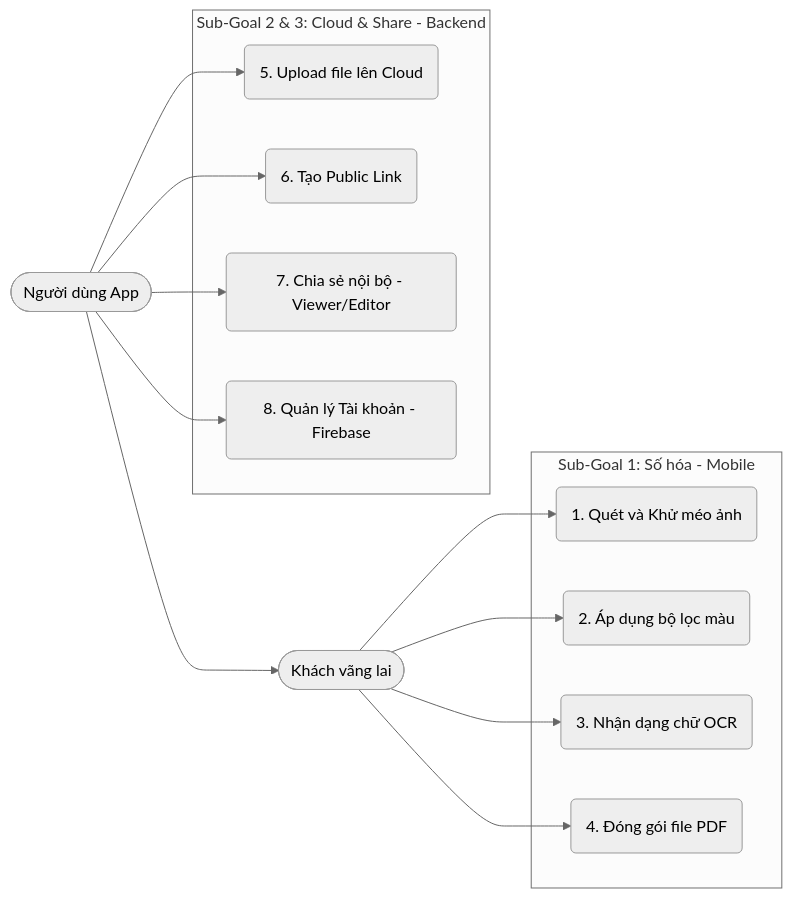
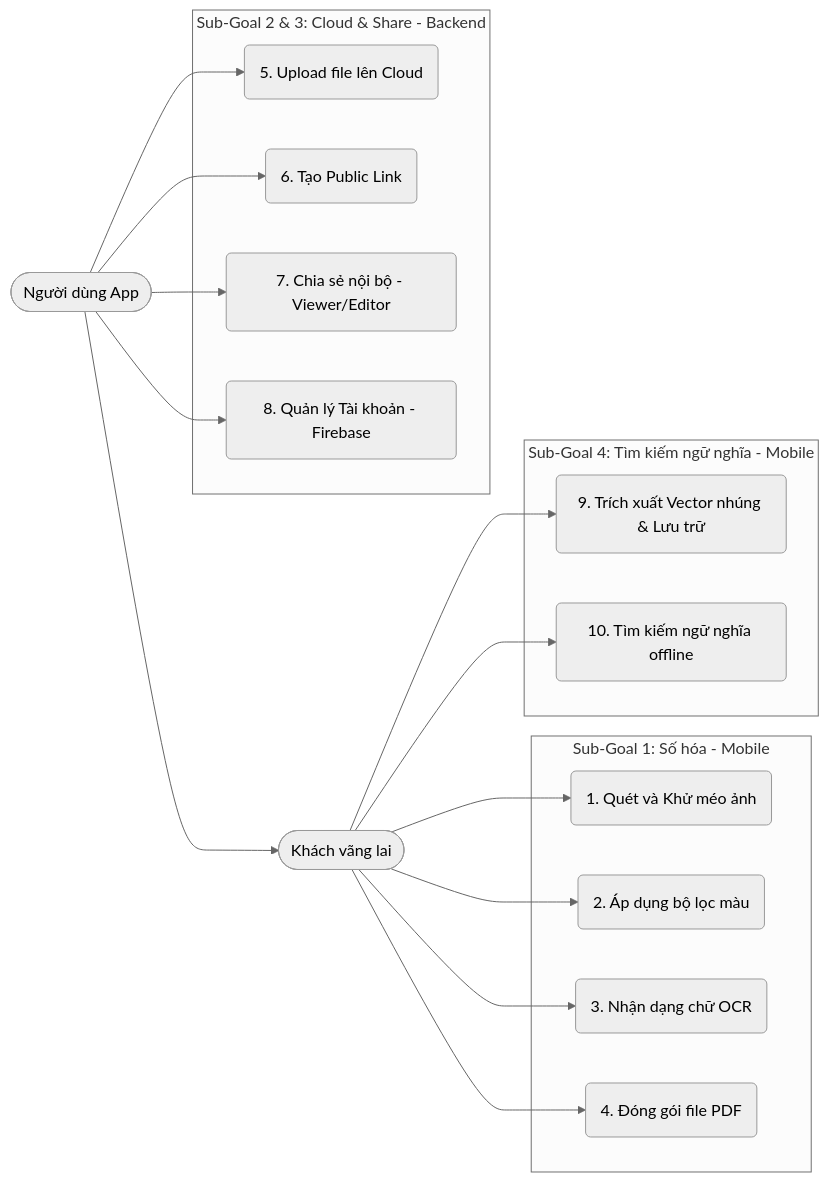
The third of 3 diagrams in docs/Software_Requirments_Spectification.md (vthiet/ScanLink), drawn with Mermaid (neutral theme) before and after one commit. The commit also changed other lines of this file and 22 other files, not shown here.

````diff
--- a/docs/Software_Requirments_Spectification.md
+++ b/docs/Software_Requirments_Spectification.md
@@ -162,23 +167,29 @@
 ``` mermaid
 flowchart LR
     User([Người dùng App])
     Guest([Khách vãng lai])
       
     subgraph Sub-Goal 1: Số hóa - Mobile
         UC1(1. Quét và Khử méo ảnh)
         UC2(2. Áp dụng bộ lọc màu)
         UC3(3. Nhận dạng chữ OCR)
         UC4(4. Đóng gói file PDF)
     end
       
     subgraph Sub-Goal 2 & 3: Cloud & Share - Backend
         UC5(5. Upload file lên Cloud)
         UC6(6. Tạo Public Link)
         UC7(7. Chia sẻ nội bộ - Viewer/Editor)
         UC8(8. Quản lý Tài khoản - Firebase)
     end
+
+    subgraph Sub-Goal 4: Tìm kiếm ngữ nghĩa - Mobile
+        UC9(9. Trích xuất Vector nhúng & Lưu trữ)
+        UC10(10. Tìm kiếm ngữ nghĩa offline)
+    end
       
     Guest --> UC1 & UC2 & UC3 & UC4
+    Guest --> UC9 & UC10
     User --> Guest
     User --> UC5 & UC6 & UC7 & UC8
 ```
````
